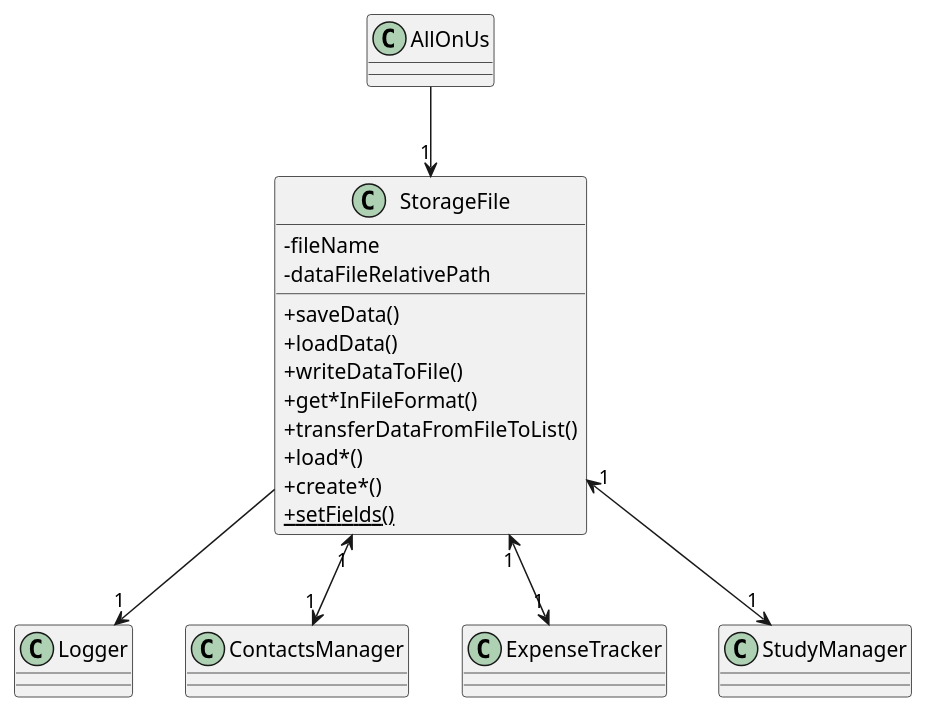
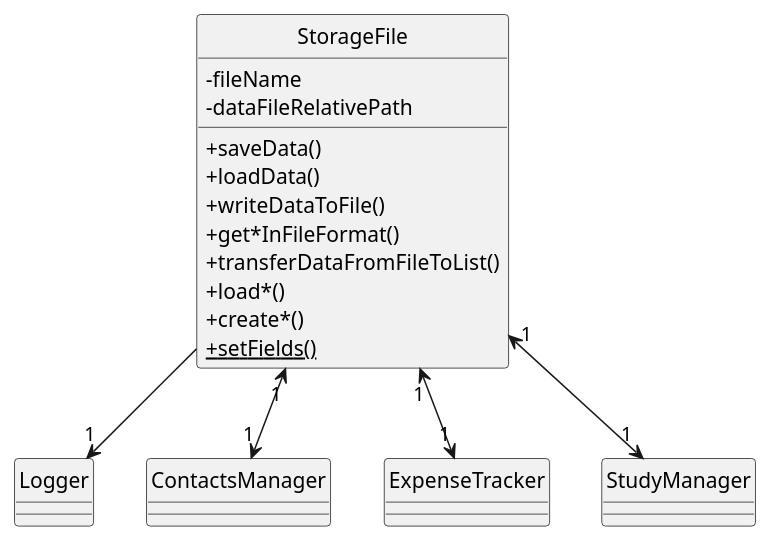
One commit to nus-cs2113-AY2122S2/tp changed the diagram in docs/diagrams/StorageFileClassDiagram.puml. Above: the diagram before and after it, drawn with PlantUML. The commit also changed 11 other files, not shown here.

```diff
--- a/docs/diagrams/StorageFileClassDiagram.puml
+++ b/docs/diagrams/StorageFileClassDiagram.puml
@@ -1,37 +1,36 @@
 @startuml
 'https://plantuml.com/class-diagram
 
 skinparam classAttributeIconSize 0
 skinparam guillemet false
 
+hide circle
 class StorageFile
 StorageFile : -fileName
 StorageFile : -dataFileRelativePath
 StorageFile : +saveData()
 StorageFile : +loadData()
 StorageFile : +writeDataToFile()
 StorageFile : +get*InFileFormat()
 StorageFile : +transferDataFromFileToList()
 StorageFile : +load*()
 StorageFile : +create*()
 StorageFile : <u>+setFields()
 
 
 
 class Logger
 
 class ContactsManager
 
 class ExpenseTracker
 
 class StudyManager
 
-class AllOnUs
 
-AllOnUs --> "1" StorageFile
 StorageFile --> "1" Logger
 StorageFile "1" <--> "1" StudyManager
 StorageFile "1" <--> "1" ContactsManager
 StorageFile "1" <--> "1" ExpenseTracker
 
 @enduml
```
